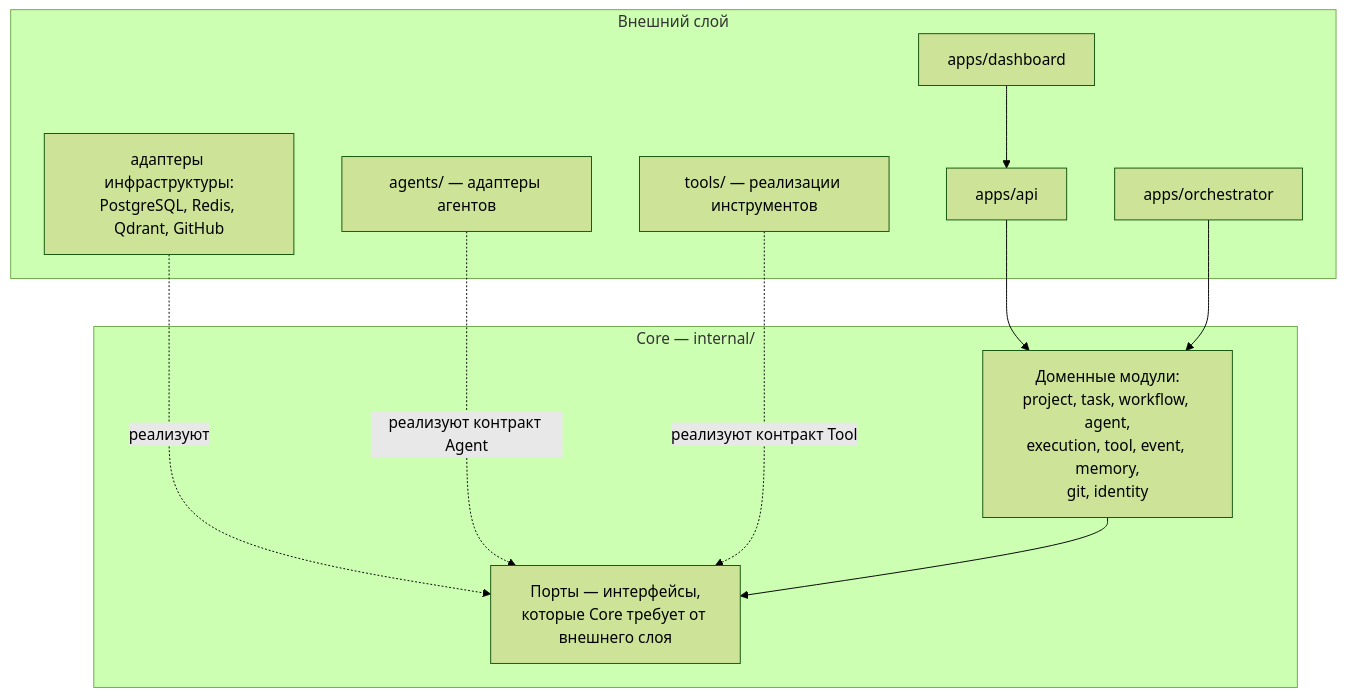
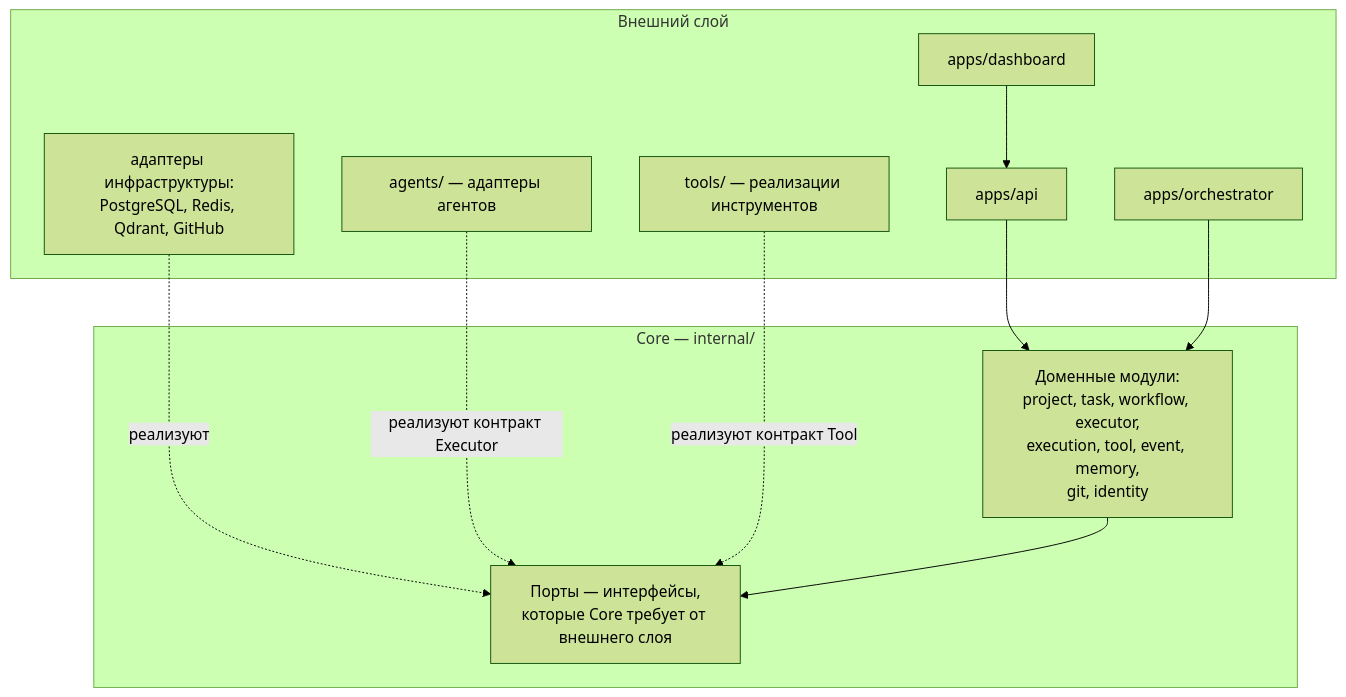
The diagram in docs/architecture/core.md (nikibrdev/ai-studio-os), drawn with Mermaid (forest theme) before and after one commit. The commit also changed other lines of this file and 8 other files, not shown here.

First line of the commit message:
docs(domain): Execution not a bounded context, Artifact primary, Domain Layer order (TASK-027) (#26)

````diff
--- a/docs/architecture/core.md
+++ b/docs/architecture/core.md
@@ -13,22 +13,22 @@
 ```mermaid
 flowchart TB
     subgraph OUTER["Внешний слой"]
         DASH["apps/dashboard"]
         APIAPP["apps/api"]
         ORCH["apps/orchestrator"]
         AG["agents/ — адаптеры агентов"]
         TL["tools/ — реализации инструментов"]
         INFRA["адаптеры инфраструктуры:<br/>PostgreSQL, Redis, Qdrant, GitHub"]
     end
     subgraph CORE["Core — internal/"]
-        MODS["Доменные модули:<br/>project, task, workflow, agent,<br/>execution, tool, event, memory,<br/>git, identity"]
+        MODS["Доменные модули:<br/>project, task, workflow, executor,<br/>execution, tool, event, memory,<br/>git, identity"]
         PORTS["Порты — интерфейсы,<br/>которые Core требует от внешнего слоя"]
     end
     DASH --> APIAPP
     APIAPP --> MODS
     ORCH --> MODS
     INFRA -. реализуют .-> PORTS
-    AG -. реализуют контракт Agent .-> PORTS
+    AG -. реализуют контракт Executor .-> PORTS
     TL -. реализуют контракт Tool .-> PORTS
     MODS --> PORTS
 ```
````
